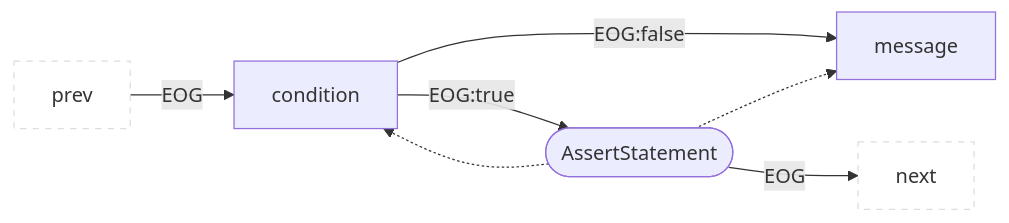
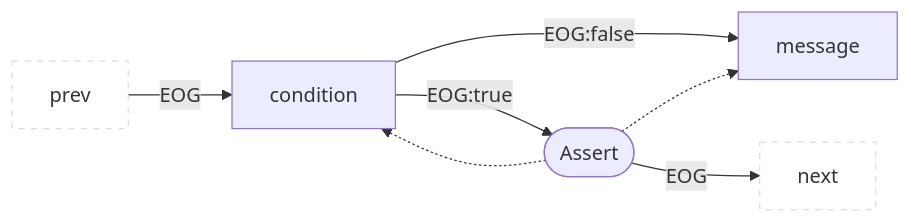
Before and after one commit to Fraunhofer-AISEC/cpg: diagram 19 of 49 in docs/docs/CPG/specs/eog.md, drawn with Mermaid. The commit also changed other lines of this file and 99 other files, not shown here.

````diff
--- a/docs/docs/CPG/specs/eog.md
+++ b/docs/docs/CPG/specs/eog.md
@@ -393,11 +393,11 @@
 ```mermaid
 flowchart LR
   classDef outer fill:#fff,stroke:#ddd,stroke-dasharray:5 5;
   prev:::outer --EOG--> child1["condition"]
   child1 --"EOG:false"-->child2["message"]
   child1 --"EOG:true"-->parent
-  parent([AssertStatement]) --EOG--> next:::outer
+  parent([Assert]) --EOG--> next:::outer
   parent -.-> child1
   parent -.-> child2
 
 ```
````
